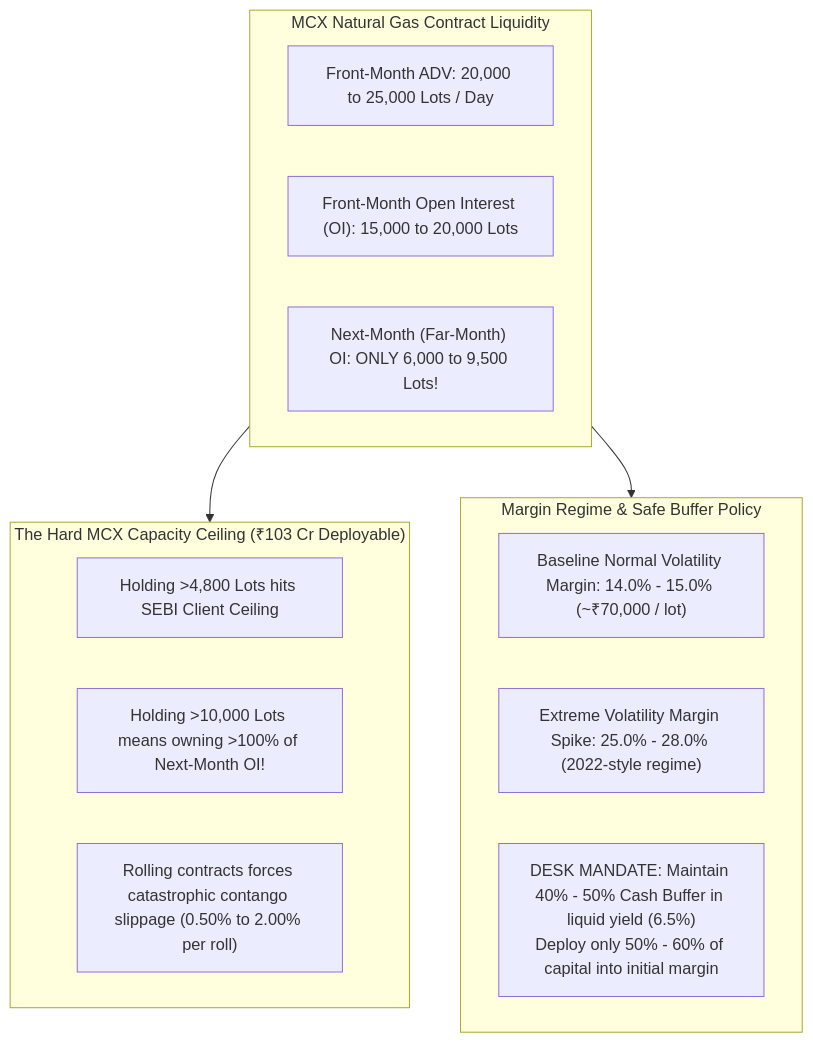
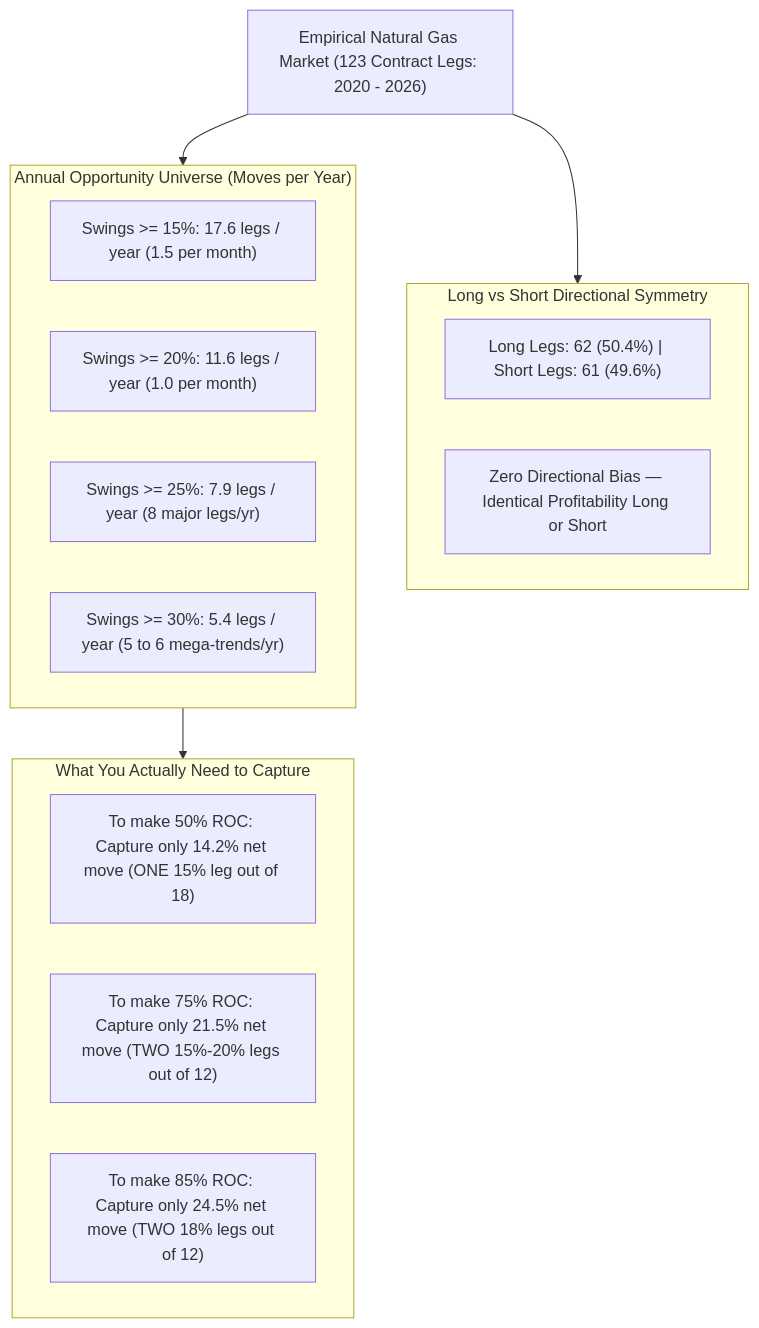
The ninth of 13 diagrams in models/execution_and_tax_validation_plan.md (yieldchaser/mcx-margins), drawn with Mermaid before and after one commit. The commit also changed other lines of this file and 1 other file, not shown here.

Commit message:
docs: expand Section 7 with quant swing dynamics, buffer stress-test, and 7-year empirical data

````diff
--- a/models/execution_and_tax_validation_plan.md
+++ b/models/execution_and_tax_validation_plan.md
@@ -309,23 +309,26 @@
 ```mermaid
 flowchart TD
-    subgraph Liquidity["MCX Natural Gas Contract Liquidity"]
-        M1["Front-Month ADV: 20,000 to 25,000 Lots / Day"]
-        M2["Front-Month Open Interest (OI): 15,000 to 20,000 Lots"]
-        M3["Next-Month (Far-Month) OI: ONLY 6,000 to 9,500 Lots!"]
+    Market["Empirical Natural Gas Market (123 Contract Legs: 2020 - 2026)"]
+    
+    subgraph Symmetry["Long vs Short Directional Symmetry"]
+        S1["Long Legs: 62 (50.4%) | Short Legs: 61 (49.6%)"]
+        S2["Zero Directional Bias — Identical Profitability Long or Short"]
+    end
+    
+    subgraph Frequency["Annual Opportunity Universe (Moves per Year)"]
+        F1["Swings >= 15%: 17.6 legs / year (1.5 per month)"]
+        F2["Swings >= 20%: 11.6 legs / year (1.0 per month)"]
+        F3["Swings >= 25%: 7.9 legs / year (8 major legs/yr)"]
+        F4["Swings >= 30%: 5.4 legs / year (5 to 6 mega-trends/yr)"]
     end
 
-    subgraph TheTrap["The Hard MCX Capacity Ceiling (₹103 Cr Deployable)"]
-        T1["Holding >4,800 Lots hits SEBI Client Ceiling"]
-        T2["Holding >10,000 Lots means owning >100% of Next-Month OI!"]
-        T3["Rolling contracts forces catastrophic contango slippage (0.50% to 2.00% per roll)"]
+    subgraph Capture["What You Actually Need to Capture"]
+        C1["To make 50% ROC: Capture only 14.2% net move (ONE 15% leg out of 18)"]
+        C2["To make 75% ROC: Capture only 21.5% net move (TWO 15%-20% legs out of 12)"]
+        C3["To make 85% ROC: Capture only 24.5% net move (TWO 18% legs out of 12)"]
     end
 
-    subgraph MarginBuffer["Margin Regime & Safe Buffer Policy"]
-        B1["Baseline Normal Volatility Margin: 14.0% - 15.0% (~₹70,000 / lot)"]
-        B2["Extreme Volatility Margin Spike: 25.0% - 28.0% (2022-style regime)"]
-        B3["DESK MANDATE: Maintain 40% - 50% Cash Buffer in liquid yield (6.5%)<br/>Deploy only 50% - 60% of capital into initial margin"]
-    end
-
-    Liquidity --> TheTrap
-    Liquidity --> MarginBuffer
+    Market --> Symmetry
+    Market --> Frequency
+    Frequency --> Capture
 ```
````
